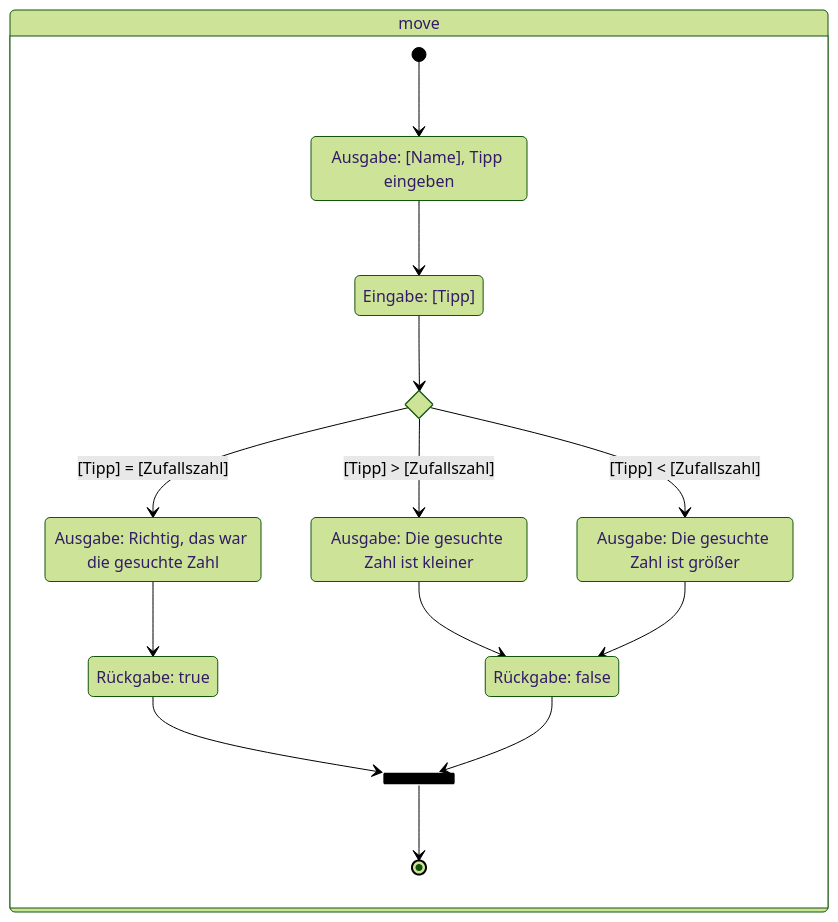
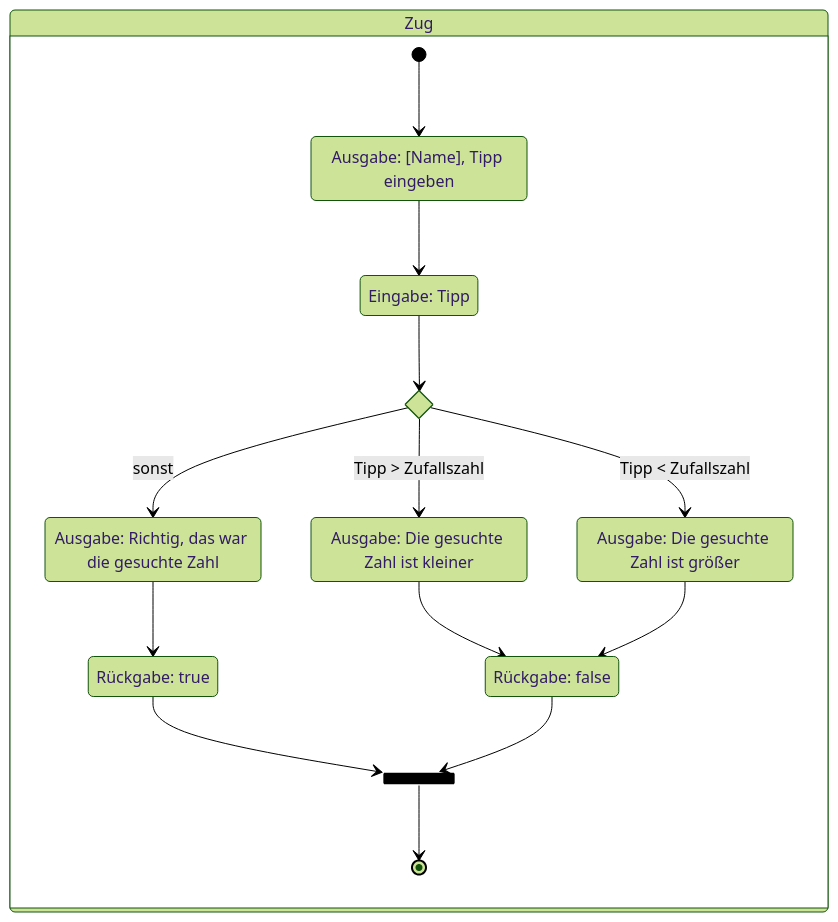
The fourth of 4 diagrams in docs/exercises/activity-diagrams/activity-diagrams01.mdx (jappuccini/java-docs), drawn with Mermaid (forest theme) before and after one commit. The commit also changed other lines of this file and 5 other files, not shown here.

Commit message:
Update Activity Diagrams and Add New Exam Exercises

````diff
--- a/docs/exercises/activity-diagrams/activity-diagrams01.mdx
+++ b/docs/exercises/activity-diagrams/activity-diagrams01.mdx
@@ -72,27 +73,28 @@
 ```mermaid
 stateDiagram-v2
     state "Ausgabe: [Name], Tipp eingeben" as state1
-    state "Eingabe: [Tipp]" as state2
+    state "Eingabe: Tipp" as state2
     state "Ausgabe: Richtig, das war die gesuchte Zahl" as state3
     state "Rückgabe: true" as state4
     state "Ausgabe: Die gesuchte Zahl ist kleiner" as state5
     state "Ausgabe: Die gesuchte Zahl ist größer" as state6
     state "Rückgabe: false" as state7
-    state if <<choice>>
-    state fork <<fork>>
 
-    state move {
+    state if1 <<choice>>
+    state fork1 <<fork>>
+
+    state "Zug" as move {
         [*] --> state1
         state1 --> state2
-        state2 --> if
-        if --> state3 : [Tipp] = [Zufallszahl]
-        if --> state5 : [Tipp] > [Zufallszahl]
-        if --> state6 : [Tipp] < [Zufallszahl]
+        state2 --> if1
+        if1 --> state3: sonst
+        if1 --> state5: Tipp > Zufallszahl
+        if1 --> state6: Tipp < Zufallszahl
         state3 --> state4
-        state4 --> fork
+        state4 --> fork1
         state5 --> state7
         state6 --> state7
-        state7 --> fork
-        fork --> [*]
+        state7 --> fork1
+        fork1 --> [*]
     }
 ```
````
